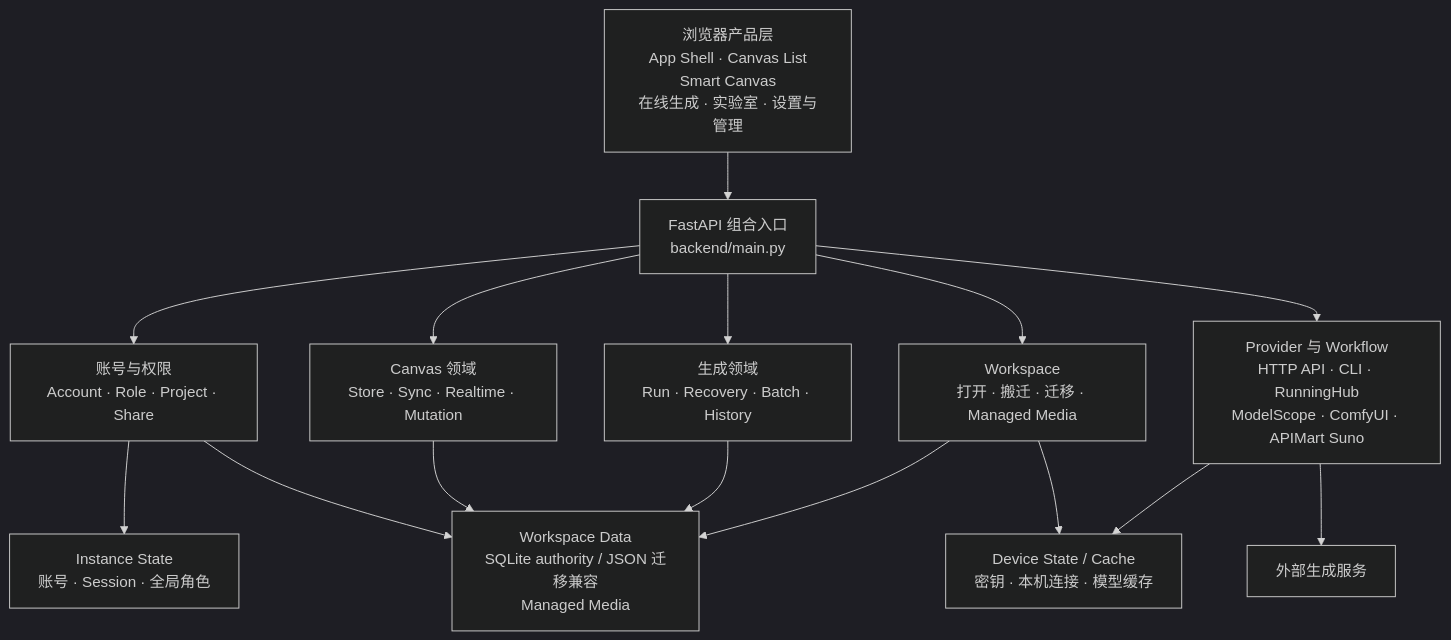
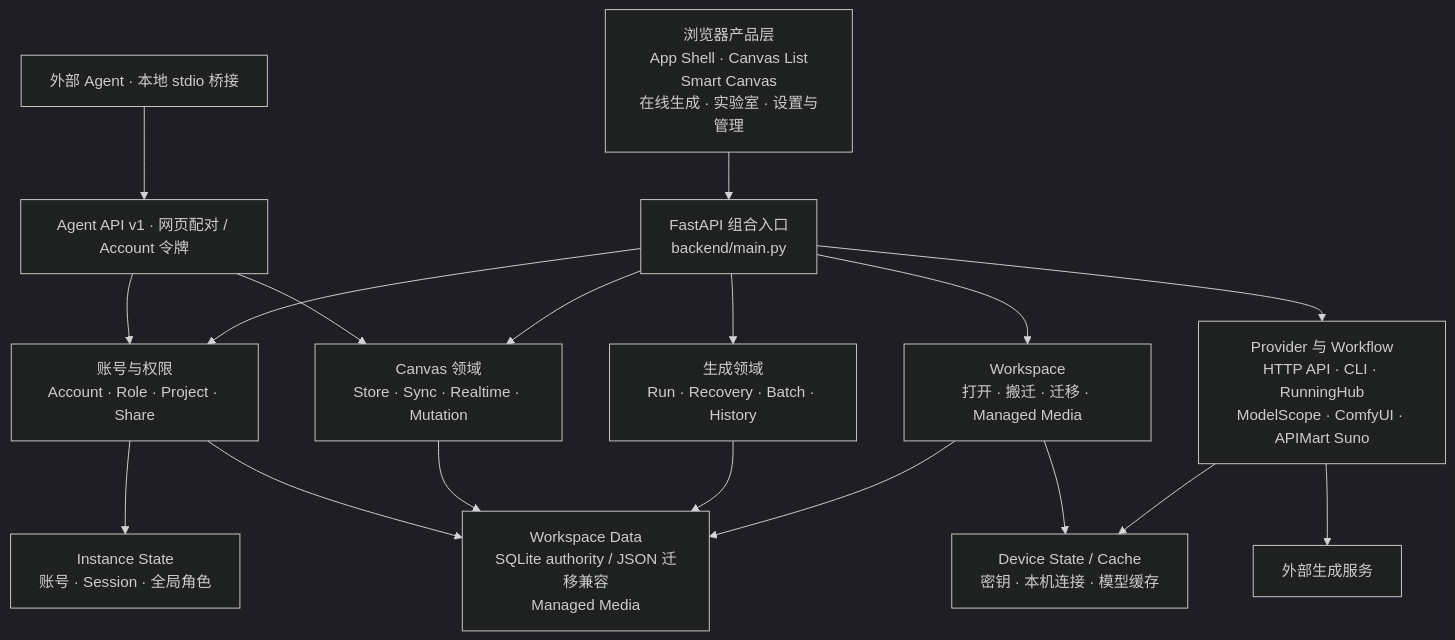
Before and after one commit to lazyq666/reroll-ai-canvas: the first of 2 diagrams in docs/PROJECT-MAP.md, drawn with Mermaid (dark theme). The commit also changed other lines of this file and 72 other files, not shown here.

````diff
--- a/docs/PROJECT-MAP.md
+++ b/docs/PROJECT-MAP.md
@@ -48,29 +48,32 @@
 ```mermaid
 flowchart TB
     UI["浏览器产品层<br/>App Shell · Canvas List<br/>Smart Canvas<br/>在线生成 · 实验室 · 设置与管理"]
     API["FastAPI 组合入口<br/>backend/main.py"]
     AUTH["账号与权限<br/>Account · Role · Project · Share"]
     CANVAS["Canvas 领域<br/>Store · Sync · Realtime · Mutation"]
     GEN["生成领域<br/>Run · Recovery · Batch · History"]
     WORKSPACE["Workspace<br/>打开 · 搬迁 · 迁移 · Managed Media"]
     PROVIDER["Provider 与 Workflow<br/>HTTP API · CLI · RunningHub<br/>ModelScope · ComfyUI · APIMart Suno"]
     INSTANCE["Instance State<br/>账号 · Session · 全局角色"]
     CONTENT["Workspace Data<br/>SQLite authority / JSON 迁移兼容<br/>Managed Media"]
     DEVICE["Device State / Cache<br/>密钥 · 本机连接 · 模型缓存"]
     EXTERNAL["外部生成服务"]
 
+    AGENT["外部 Agent · 本地 stdio 桥接"] --> AGENTAPI["Agent API v1 · 网页配对 / Account 令牌"]
+    AGENTAPI --> AUTH
+    AGENTAPI --> CANVAS
     UI --> API
     API --> AUTH
     API --> CANVAS
     API --> GEN
     API --> WORKSPACE
     API --> PROVIDER
     AUTH --> INSTANCE
     AUTH --> CONTENT
     CANVAS --> CONTENT
     GEN --> CONTENT
     WORKSPACE --> CONTENT
     WORKSPACE --> DEVICE
     PROVIDER --> DEVICE
     PROVIDER --> EXTERNAL
 ```
````
